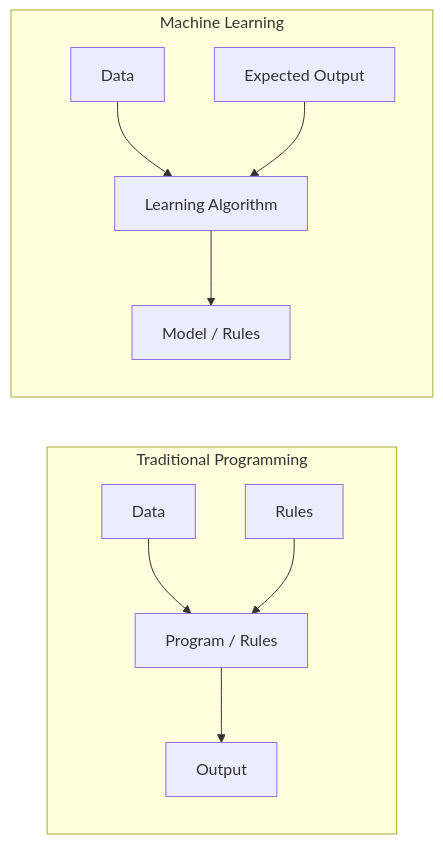
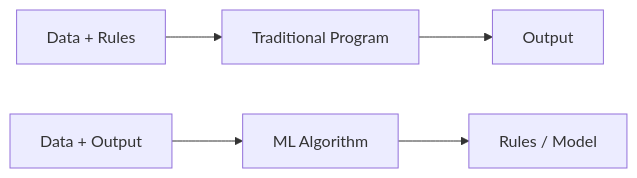
The diagram in Unit-1-Foundations.md (therishiraj/INT394-ML-Algorithms), drawn with Mermaid before and after one commit. The commit also changed other lines of this file, not shown here.

````diff
--- a/Unit-1-Foundations.md
+++ b/Unit-1-Foundations.md
@@ -35,13 +25,5 @@
 ```mermaid
 flowchart LR
-    subgraph Traditional Programming
-    A1[Data] --> C1[Program / Rules]
-    B1[Rules] --> C1
-    C1 --> D1[Output]
-    end
-    subgraph Machine Learning
-    A2[Data] --> C2[Learning Algorithm]
-    B2[Expected Output] --> C2
-    C2 --> D2[Model / Rules]
-    end
+    A[Data + Rules] --> B[Traditional Program] --> C[Output]
+    D[Data + Output] --> E[ML Algorithm] --> F[Rules / Model]
 ```
````
